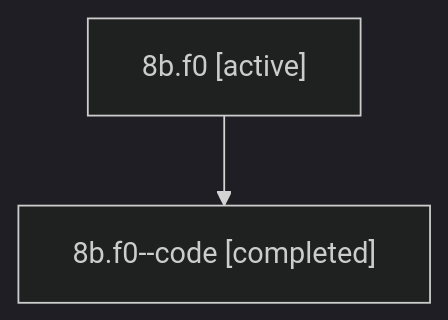
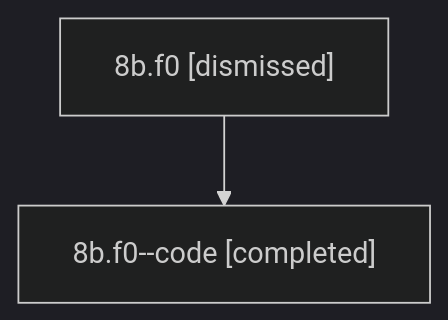
Before and after one commit to sase-org/sase--agents: the diagram in sessions/bbugyi200.athena.8b.f0.md, drawn with Mermaid (dark theme). The commit also changed other lines of this file and 33 other files, not shown here.

````diff
--- a/sessions/bbugyi200.athena.8b.f0.md
+++ b/sessions/bbugyi200.athena.8b.f0.md
@@ -9,6 +9,6 @@
 ```mermaid
 flowchart TD
-  n0["8b.f0 [active]"]
+  n0["8b.f0 [dismissed]"]
   n1["8b.f0--code [completed]"]
   n0 --> n1
 ```
````
